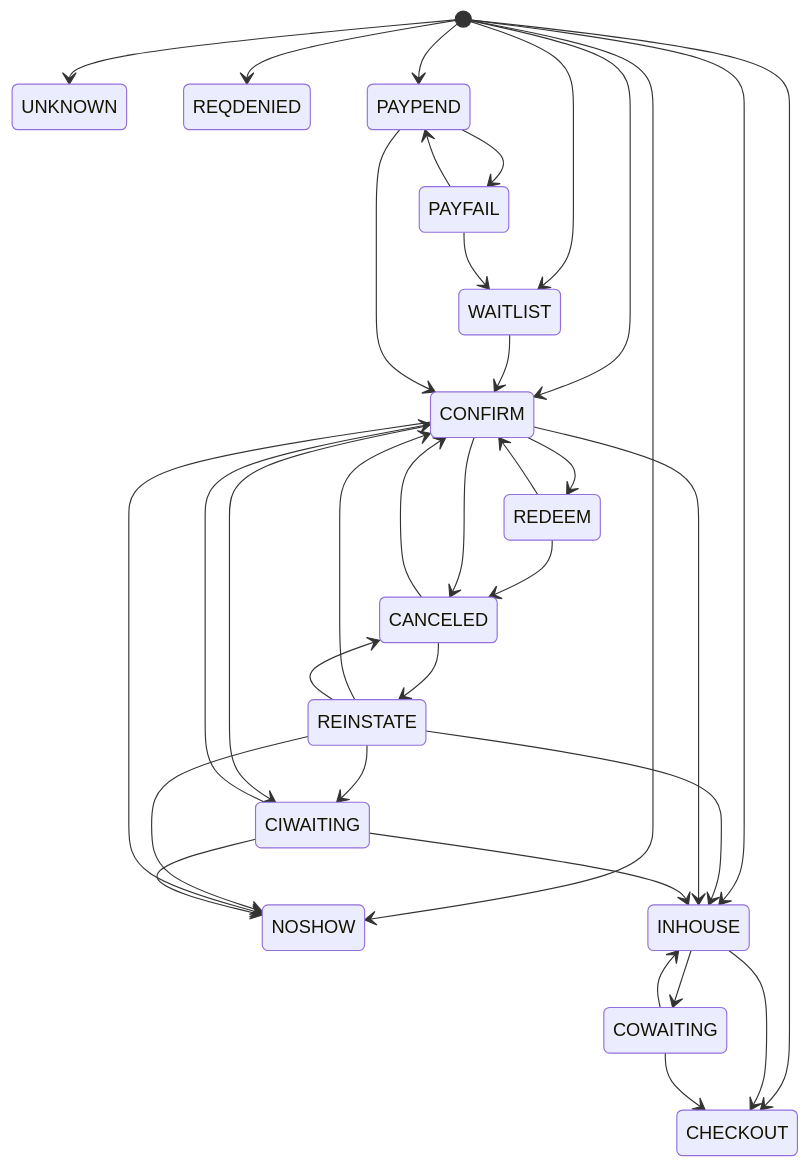
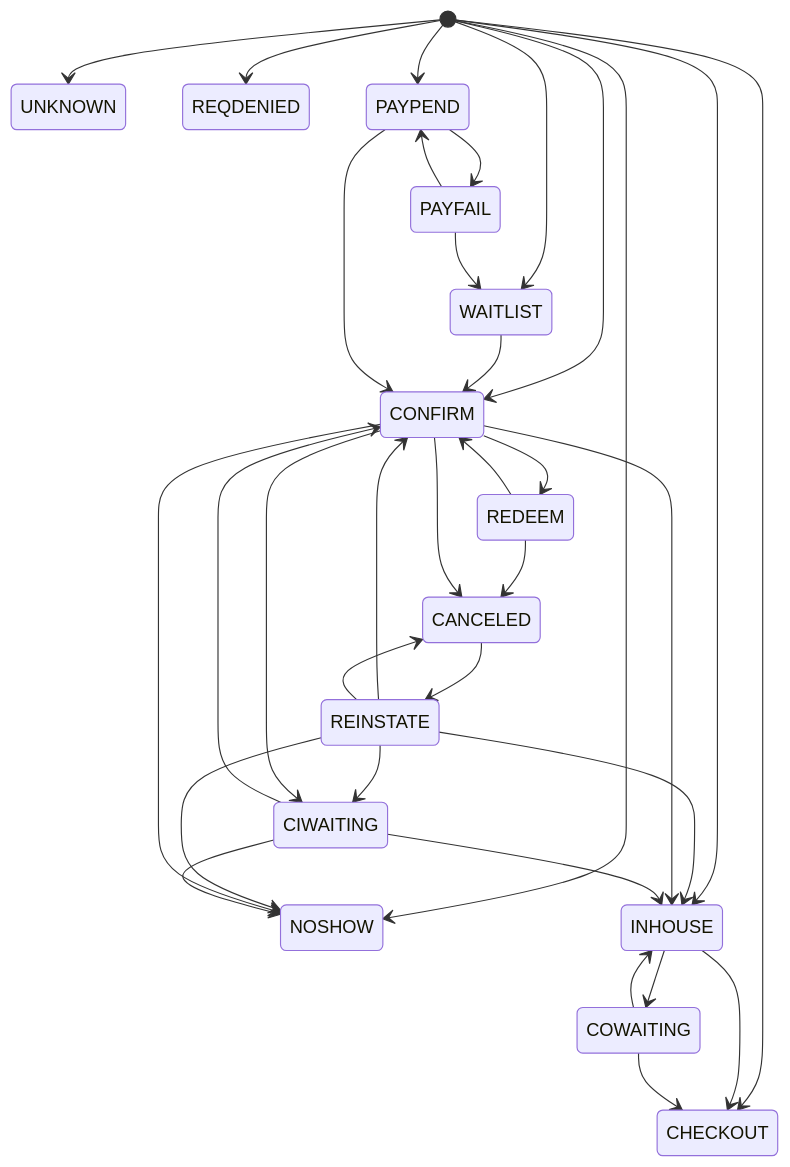
One commit to horngyih/reservation-state-machine changed the diagram in README.MD. Above: the diagram before and after it, drawn with Mermaid.

Commit message:
- Removed CANCELED->CONFIRM edge

````diff
--- a/README.MD
+++ b/README.MD
@@ -27,37 +27,36 @@
 ```mermaid
 stateDiagram-v2
 [*] --> WAITLIST 
 [*]--> UNKNOWN 
 [*] --> REQDENIED 
 [*] --> PAYPEND 
 [*] --> NOSHOW 
 [*] --> INHOUSE 
 [*] --> CONFIRM 
 [*] --> CHECKOUT 
 WAITLIST --> CONFIRM 
 REINSTATE --> NOSHOW 
 REINSTATE --> INHOUSE 
 REINSTATE --> CONFIRM 
 REINSTATE --> CIWAITING 
 REINSTATE --> CANCELED 
 REDEEM --> CONFIRM 
 REDEEM --> CANCELED 
 PAYPEND --> PAYFAIL 
 PAYPEND --> CONFIRM 
 PAYFAIL --> WAITLIST 
 PAYFAIL --> PAYPEND 
 INHOUSE --> COWAITING 
 INHOUSE --> CHECKOUT 
 COWAITING --> INHOUSE 
 COWAITING --> CHECKOUT 
 CONFIRM --> REDEEM 
 CONFIRM --> NOSHOW 
 CONFIRM --> INHOUSE 
 CONFIRM --> CIWAITING 
 CONFIRM --> CANCELED 
 CIWAITING --> NOSHOW 
 CIWAITING --> INHOUSE 
 CIWAITING --> CONFIRM 
 CANCELED --> REINSTATE 
-CANCELED --> CONFIRM
 ```
````
